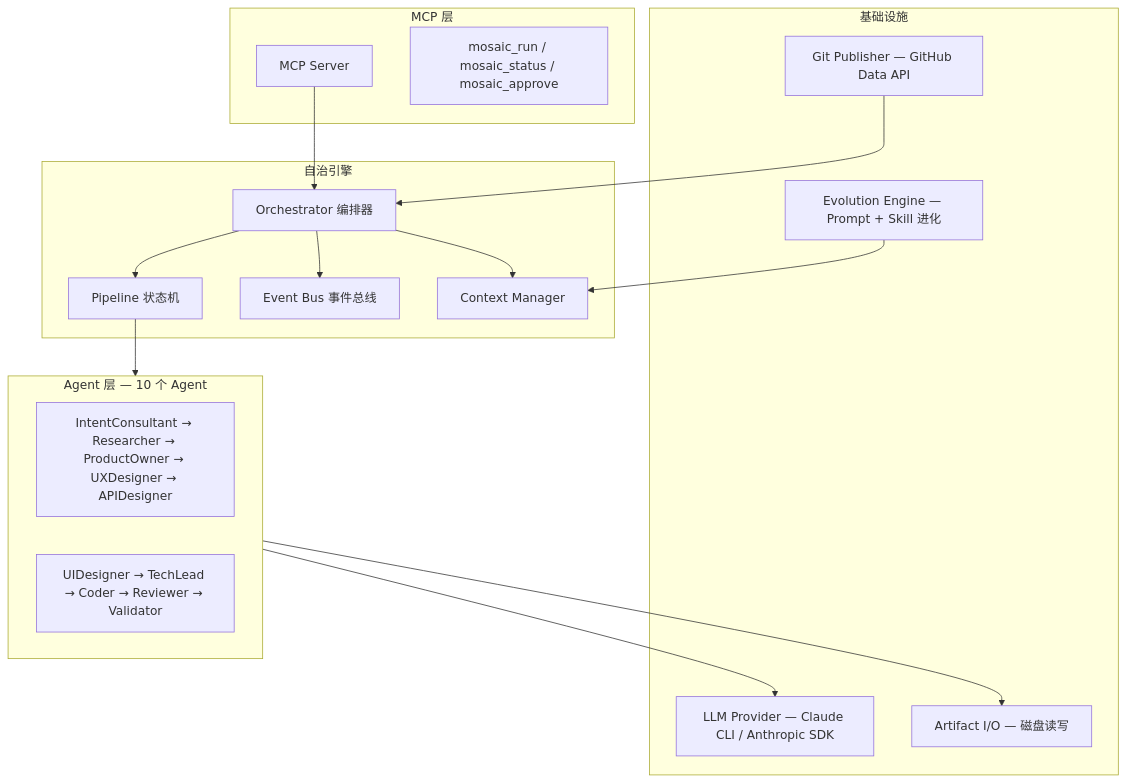
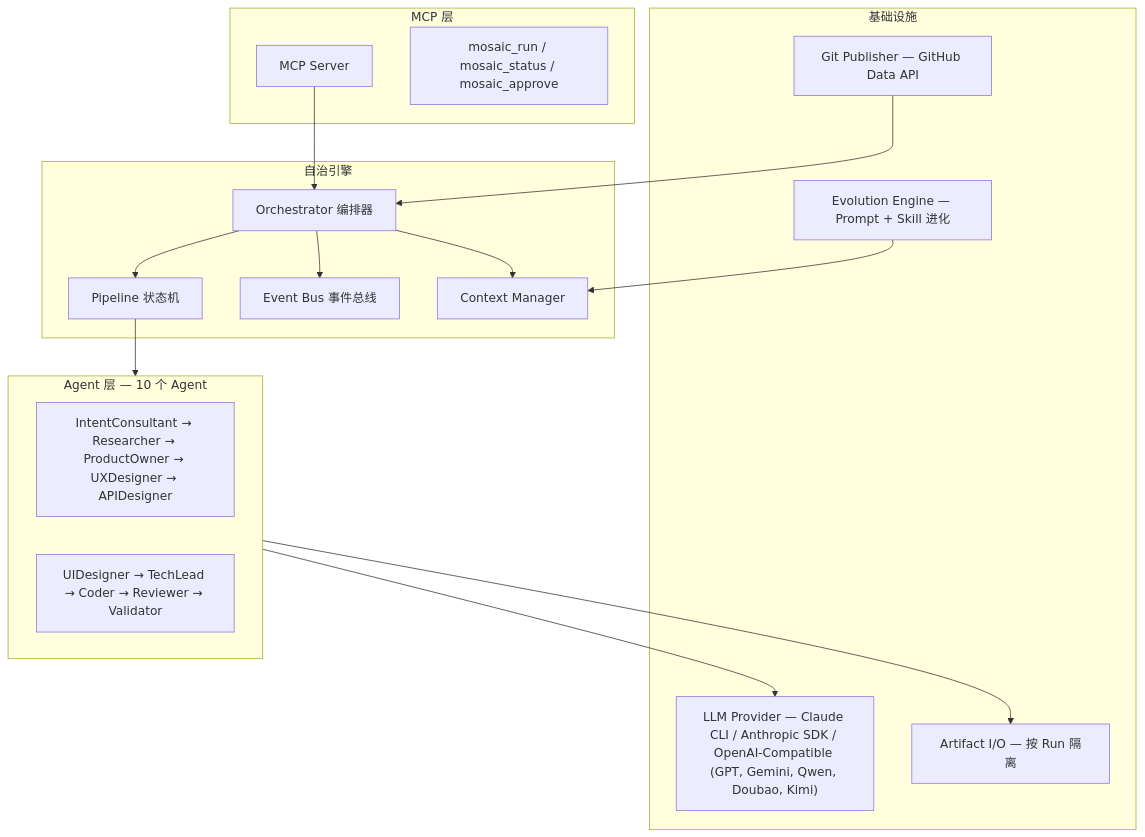
One commit to ZB-ur/mosaicat changed the third of 3 diagrams in README.zh-CN.md. Above: the diagram before and after it, drawn with Mermaid. The commit also changed other lines of this file and 2 other files, not shown here.

````diff
--- a/README.zh-CN.md
+++ b/README.zh-CN.md
@@ -319,37 +330,37 @@
 ```mermaid
 graph TB
     subgraph MCP["MCP 层"]
         MCPServer["MCP Server"]
         MCPTools["mosaic_run / mosaic_status / mosaic_approve"]
     end
 
     subgraph Engine["自治引擎"]
         Orch["Orchestrator 编排器"]
         Pipeline["Pipeline 状态机"]
         EventBus["Event Bus 事件总线"]
         CtxMgr["Context Manager"]
     end
 
     subgraph Agents["Agent 层 — 10 个 Agent"]
         direction LR
         A1["IntentConsultant → Researcher → ProductOwner → UXDesigner → APIDesigner"]
         A2["UIDesigner → TechLead → Coder → Reviewer → Validator"]
     end
 
     subgraph Infra["基础设施"]
-        Provider["LLM Provider — Claude CLI / Anthropic SDK"]
+        Provider["LLM Provider — Claude CLI / Anthropic SDK / OpenAI-Compatible (GPT, Gemini, Qwen, Doubao, Kimi)"]
         Git["Git Publisher — GitHub Data API"]
-        Artifacts["Artifact I/O — 磁盘读写"]
+        Artifacts["Artifact I/O — 按 Run 隔离"]
         Evolution["Evolution Engine — Prompt + Skill 进化"]
     end
 
     MCPServer --> Orch
     Orch --> Pipeline
     Orch --> EventBus
     Orch --> CtxMgr
     Pipeline --> Agents
     Agents --> Provider
     Agents --> Artifacts
     Git --> Orch
     Evolution --> CtxMgr
 ```
````
